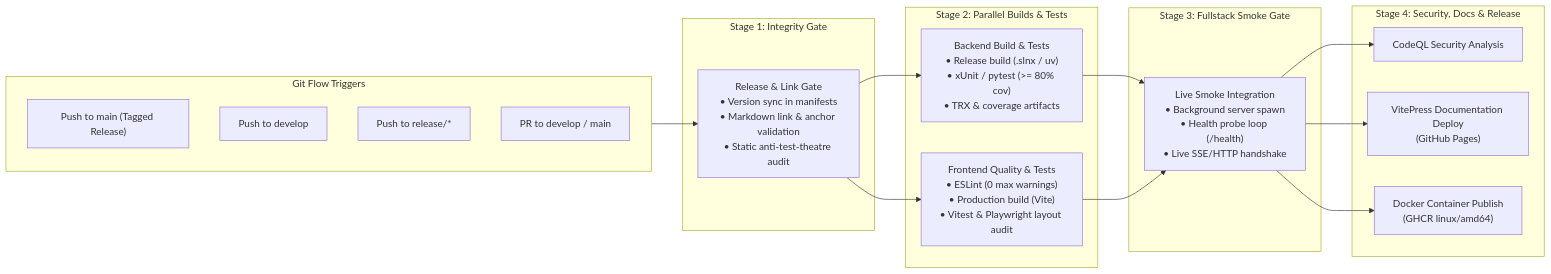
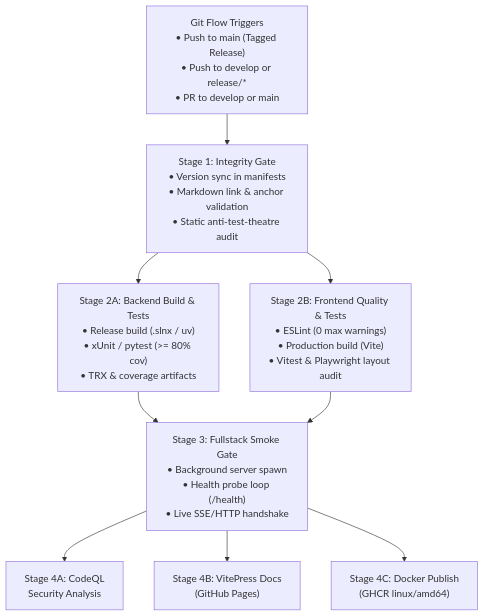
Before and after one commit to spelech/AgenticEngineeringToolbelt: the diagram in docs/standards/ci-cd-pipelines.md, drawn with Mermaid. The commit also changed 30 other files, not shown here.

Commit message:
fix(docs): resolve Mermaid foreignObject text clipping, optimize diagram aspect ratios, and add pan-zoom controller

````diff
--- a/docs/standards/ci-cd-pipelines.md
+++ b/docs/standards/ci-cd-pipelines.md
@@ -14,33 +14,16 @@
 ```mermaid
-flowchart LR
-    subgraph Triggers["Git Flow Triggers"]
-        T1["Push to main (Tagged Release)"]
-        T2["Push to develop"]
-        T3["Push to release/*"]
-        T4["PR to develop / main"]
-    end
-
-    subgraph S1["Stage 1: Integrity Gate"]
-        G1["Release & Link Gate<br>• Version sync in manifests<br>• Markdown link & anchor validation<br>• Static anti-test-theatre audit"]
-    end
-
-    subgraph S2["Stage 2: Parallel Builds & Tests"]
-        G2A["Backend Build & Tests<br>• Release build (.slnx / uv)<br>• xUnit / pytest (>= 80% cov)<br>• TRX & coverage artifacts"]
-        G2B["Frontend Quality & Tests<br>• ESLint (0 max warnings)<br>• Production build (Vite)<br>• Vitest & Playwright layout audit"]
-    end
-
-    subgraph S3["Stage 3: Fullstack Smoke Gate"]
-        G3["Live Smoke Integration<br>• Background server spawn<br>• Health probe loop (/health)<br>• Live SSE/HTTP handshake"]
-    end
-
-    subgraph S4["Stage 4: Security, Docs & Release"]
-        G4A["CodeQL Security Analysis"]
-        G4B["VitePress Documentation Deploy<br>(GitHub Pages)"]
-        G4C["Docker Container Publish<br>(GHCR linux/amd64)"]
-    end
+flowchart TD
+    Triggers["Git Flow Triggers<br>• Push to main (Tagged Release)<br>• Push to develop or release/*<br>• PR to develop or main"]
+    G1["Stage 1: Integrity Gate<br>• Version sync in manifests<br>• Markdown link & anchor validation<br>• Static anti-test-theatre audit"]
+    G2A["Stage 2A: Backend Build & Tests<br>• Release build (.slnx / uv)<br>• xUnit / pytest (>= 80% cov)<br>• TRX & coverage artifacts"]
+    G2B["Stage 2B: Frontend Quality & Tests<br>• ESLint (0 max warnings)<br>• Production build (Vite)<br>• Vitest & Playwright layout audit"]
+    G3["Stage 3: Fullstack Smoke Gate<br>• Background server spawn<br>• Health probe loop (/health)<br>• Live SSE/HTTP handshake"]
+    G4A["Stage 4A: CodeQL<br>Security Analysis"]
+    G4B["Stage 4B: VitePress Docs<br>(GitHub Pages)"]
+    G4C["Stage 4C: Docker Publish<br>(GHCR linux/amd64)"]
 
     Triggers --> G1
     G1 --> G2A & G2B
     G2A & G2B --> G3
     G3 --> G4A & G4B & G4C
 ```
````
